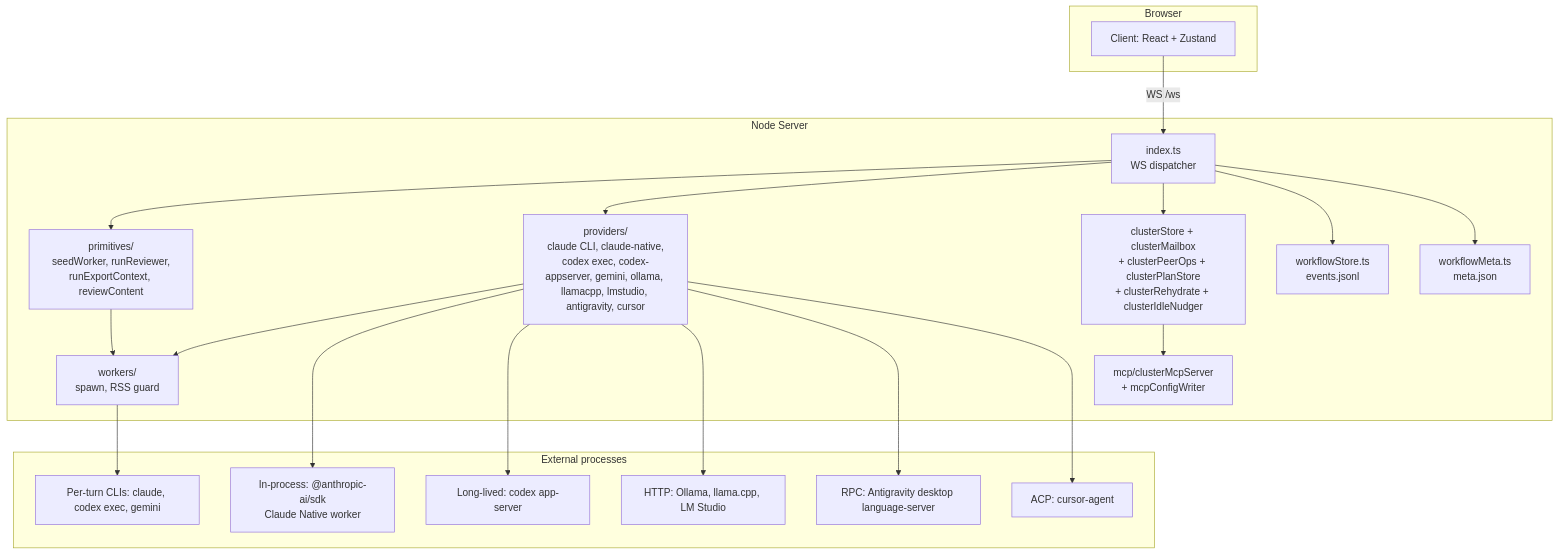
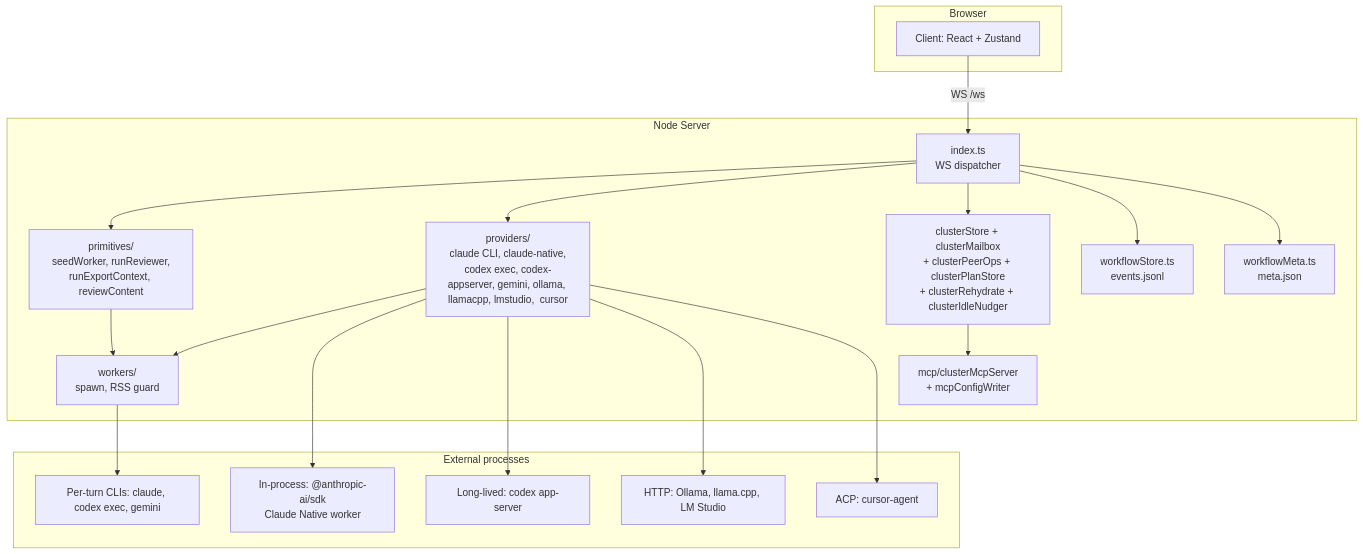
One commit to ghreprimand/arco changed the first of 2 diagrams in docs/ARCHITECTURE.md. Above: the diagram before and after it, drawn with Mermaid. The commit also changed other lines of this file and 142 other files, not shown here.

````diff
--- a/docs/ARCHITECTURE.md
+++ b/docs/ARCHITECTURE.md
@@ -183,39 +181,37 @@
 ```mermaid
 graph TB
     subgraph Browser
       C[Client: React + Zustand]
     end
     subgraph "Node Server"
       S[index.ts<br/>WS dispatcher]
       P[primitives/<br/>seedWorker, runReviewer,<br/>runExportContext, reviewContent]
-      V[providers/<br/>claude CLI, claude-native,<br/>codex exec, codex-appserver, gemini, ollama, llamacpp, lmstudio, antigravity, cursor]
+      V[providers/<br/>claude CLI, claude-native,<br/>codex exec, codex-appserver, gemini, ollama, llamacpp, lmstudio,  cursor]
       W[workers/<br/>spawn, RSS guard]
       ST[workflowStore.ts<br/>events.jsonl]
       M[workflowMeta.ts<br/>meta.json]
       CL[clusterStore + clusterMailbox<br/>+ clusterPeerOps + clusterPlanStore<br/>+ clusterRehydrate + clusterIdleNudger]
       MCP[mcp/clusterMcpServer<br/>+ mcpConfigWriter]
     end
     subgraph "External processes"
       CLI[Per-turn CLIs: claude, codex exec, gemini]
       NAT[In-process: @anthropic-ai/sdk<br/>Claude Native worker]
       APP[Long-lived: codex app-server]
       OL[HTTP: Ollama, llama.cpp, LM Studio]
-      AG[RPC: Antigravity desktop language-server]
       CUR[ACP: cursor-agent]
     end
     C -- WS /ws --> S
     S --> P
     S --> V
     S --> CL
     CL --> MCP
     P --> W
     V --> W
     W --> CLI
     V --> NAT
     V --> APP
     V --> OL
-    V --> AG
     V --> CUR
     S --> ST
     S --> M
 ```
````
